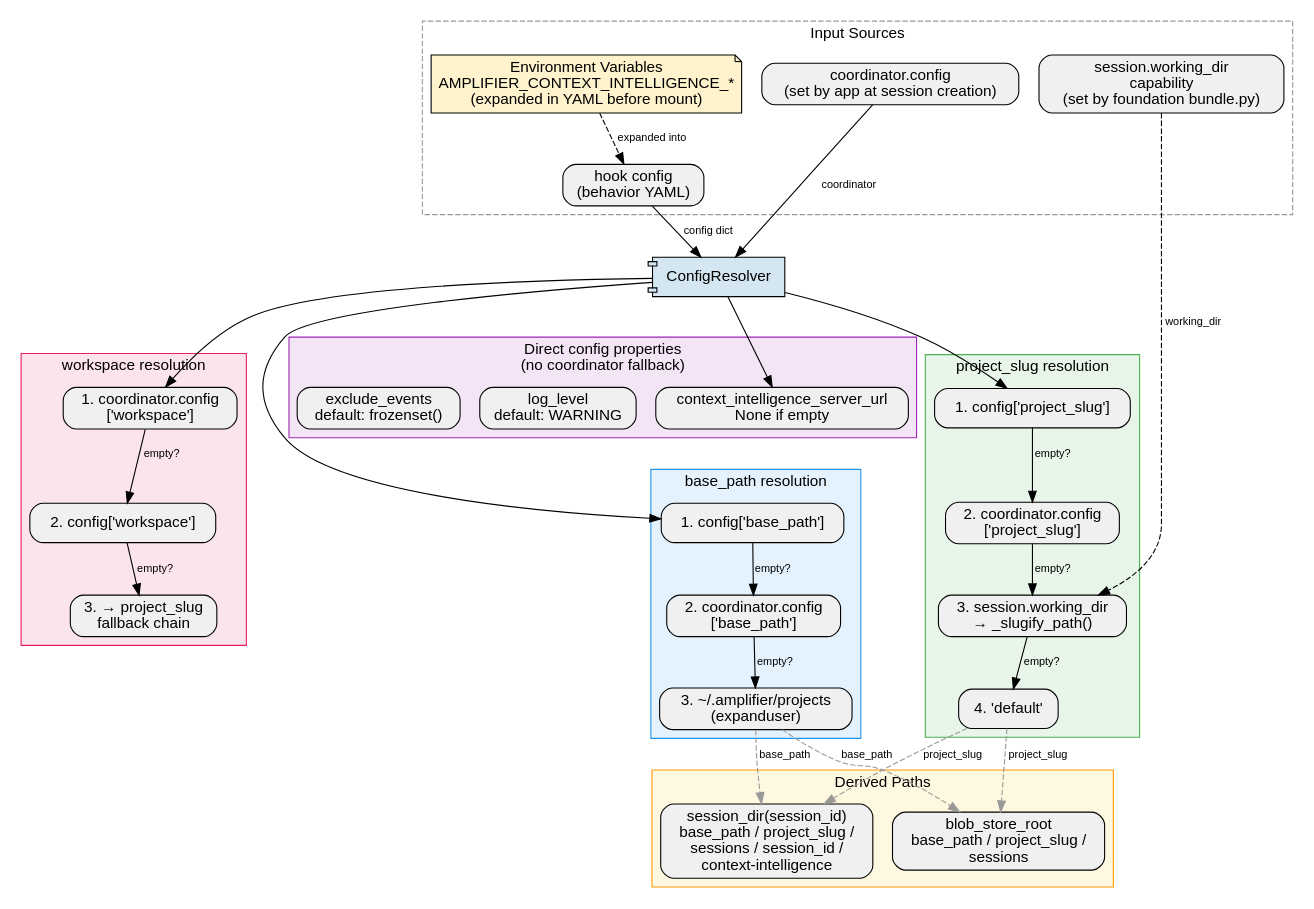
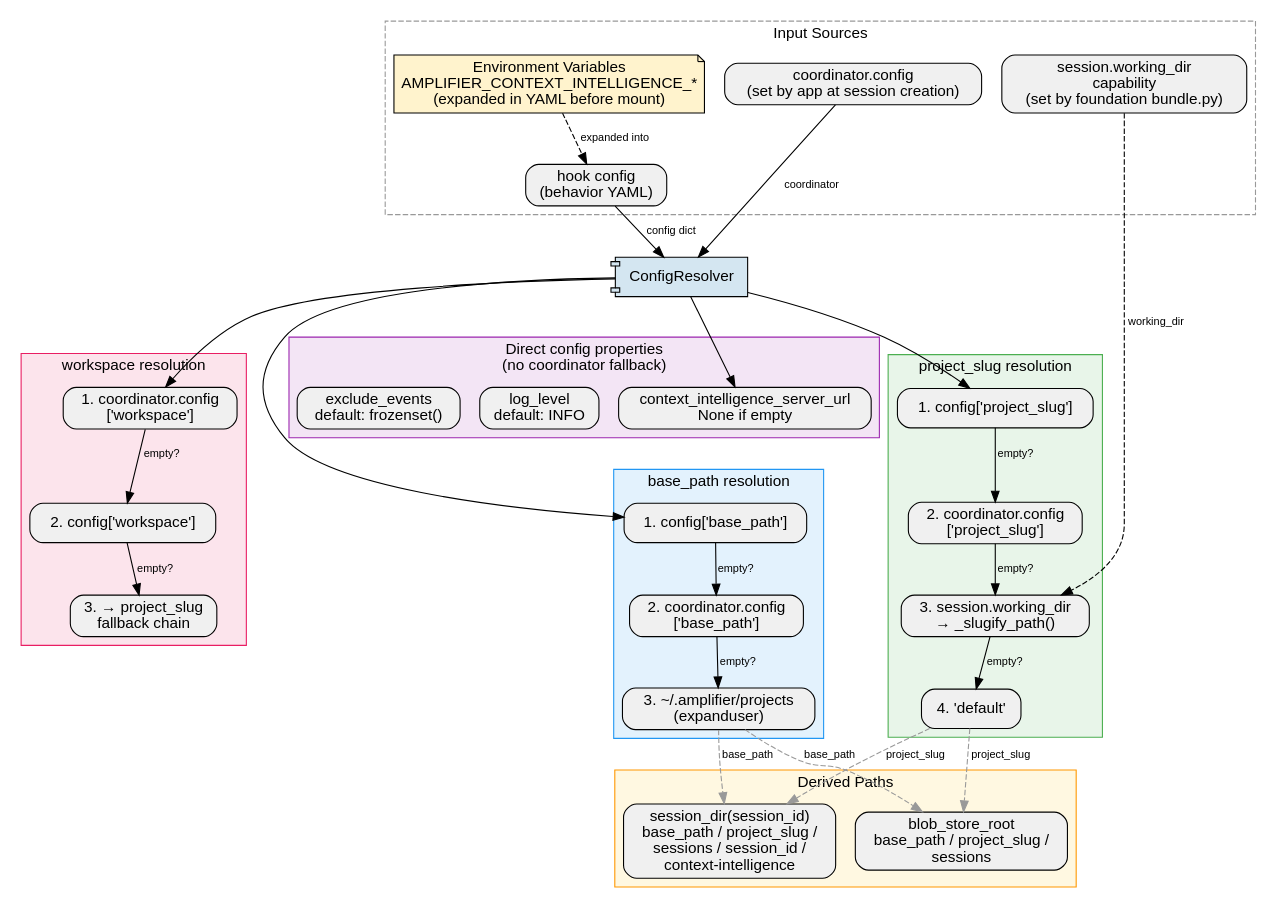
Before and after one commit to microsoft/amplifier-bundle-context-intelligence: the diagram in context/config-resolution.dot, drawn with Graphviz.

Commit message:
fix: correct log_level default from WARNING to INFO in config-resolution diagram
The config-resolution.dot diagram incorrectly showed WARNING as the default
log level. The actual server implementation uses INFO as the default.
This corrects the documentation to match reality.

```diff
--- a/context/config-resolution.dot
+++ b/context/config-resolution.dot
@@ -1,118 +1,118 @@
 // ConfigResolver — lazy fallback chain for hook configuration values.
 //
 // Each property is resolved on first access and cached.
 // Empty strings in config are treated as absent and fall through
 // to the next source in the chain (standard or-chain falsy semantics).
 //
 // Render: dot -Tsvg config-resolution.dot -o config-resolution.svg
 
 digraph ConfigResolver {
     rankdir=TB;
     fontname="Helvetica";
     node [fontname="Helvetica", shape=box, style="rounded,filled", fillcolor="#f0f0f0"];
     edge [fontname="Helvetica", fontsize=10];
 
     // --- Central node ---
     resolver [label="ConfigResolver", shape=component, fillcolor="#d4e6f1", style="filled"];
 
     // --- Input sources ---
     subgraph cluster_inputs {
         label="Input Sources";
         style=dashed;
         color="#999999";
 
         hook_config [label="hook config\n(behavior YAML)"];
         coord_config [label="coordinator.config\n(set by app at session creation)"];
         session_cap [label="session.working_dir\ncapability\n(set by foundation bundle.py)"];
         env_vars [label="Environment Variables\nAMPLIFIER_CONTEXT_INTELLIGENCE_*\n(expanded in YAML before mount)", shape=note, fillcolor="#fff3cd"];
     }
 
     env_vars -> hook_config [label="expanded into", style=dashed];
 
     // --- project_slug resolution ---
     subgraph cluster_project_slug {
         label="project_slug resolution";
         style=filled;
         fillcolor="#e8f5e9";
         color="#4caf50";
 
         ps_config [label="1. config['project_slug']"];
         ps_coord [label="2. coordinator.config\n['project_slug']"];
         ps_working_dir [label="3. session.working_dir\n→ _slugify_path()"];
         ps_default [label="4. 'default'"];
 
         ps_config -> ps_coord [label="empty?"];
         ps_coord -> ps_working_dir [label="empty?"];
         ps_working_dir -> ps_default [label="empty?"];
     }
 
     // --- base_path resolution ---
     subgraph cluster_base_path {
         label="base_path resolution";
         style=filled;
         fillcolor="#e3f2fd";
         color="#2196f3";
 
         bp_config [label="1. config['base_path']"];
         bp_coord [label="2. coordinator.config\n['base_path']"];
         bp_default [label="3. ~/.amplifier/projects\n(expanduser)"];
 
         bp_config -> bp_coord [label="empty?"];
         bp_coord -> bp_default [label="empty?"];
     }
 
     // --- workspace resolution ---
     subgraph cluster_workspace {
         label="workspace resolution";
         style=filled;
         fillcolor="#fce4ec";
         color="#e91e63";
 
         ws_coord [label="1. coordinator.config\n['workspace']"];
         ws_config [label="2. config['workspace']"];
         ws_slug [label="3. → project_slug\nfallback chain"];
 
         ws_coord -> ws_config [label="empty?"];
         ws_config -> ws_slug [label="empty?"];
     }
 
     // --- Simple properties (no fallback chain) ---
     subgraph cluster_simple {
         label="Direct config properties\n(no coordinator fallback)";
         style=filled;
         fillcolor="#f3e5f5";
         color="#9c27b0";
 
         server_url [label="context_intelligence_server_url\nNone if empty"];
-        log_level [label="log_level\ndefault: WARNING"];
+        log_level [label="log_level\ndefault: INFO"];
         exclude [label="exclude_events\ndefault: frozenset()"];
     }
 
     // --- Derived paths ---
     subgraph cluster_derived {
         label="Derived Paths";
         style=filled;
         fillcolor="#fff8e1";
         color="#ff9800";
 
         session_dir [label="session_dir(session_id)\nbase_path / project_slug /\nsessions / session_id /\ncontext-intelligence"];
         blob_root [label="blob_store_root\nbase_path / project_slug /\nsessions"];
     }
 
     // --- Edges from resolver ---
     resolver -> ps_config [lhead=cluster_project_slug];
     resolver -> bp_config [lhead=cluster_base_path];
     resolver -> ws_coord [lhead=cluster_workspace];
     resolver -> server_url [lhead=cluster_simple];
 
     hook_config -> resolver [label="config dict"];
     coord_config -> resolver [label="coordinator"];
     session_cap -> ps_working_dir [label="working_dir", style=dashed];
 
     // --- Derived path dependencies ---
     ps_default -> session_dir [style=dashed, label="project_slug", color="#999999"];
     bp_default -> session_dir [style=dashed, label="base_path", color="#999999"];
     ps_default -> blob_root [style=dashed, label="project_slug", color="#999999"];
     bp_default -> blob_root [style=dashed, label="base_path", color="#999999"];
     ws_slug -> ws_coord [style=invis]; // layout hint
 }
```
